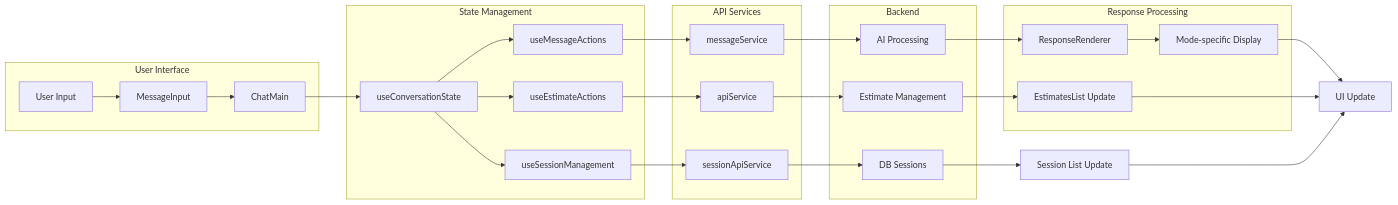
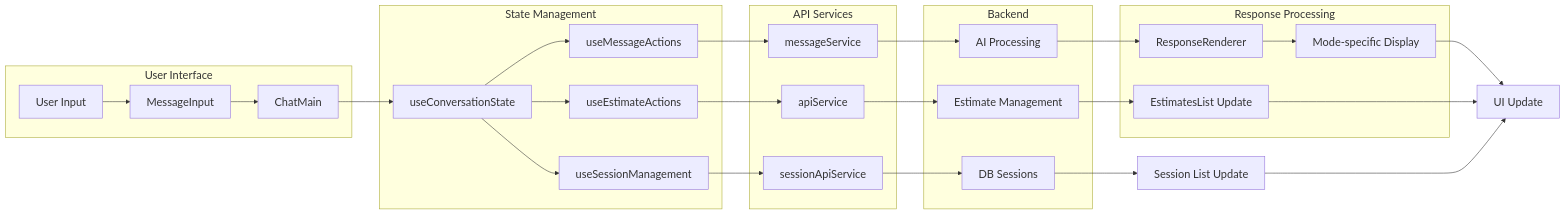
One commit to p0pular131/askspec-chat-assistant changed the third of 14 diagrams in docs/design-specification.md. Above: the diagram before and after it, drawn with Mermaid.

Commit message:
doc 수정2

````diff
--- a/docs/design-specification.md
+++ b/docs/design-specification.md
@@ -114,37 +114,38 @@
 ```mermaid
+%%{ init: { 'themeVariables': { 'fontSize': '20px' } } }%%
 graph LR
     subgraph "User Interface"
         A[User Input] --> B[MessageInput]
         B --> C[ChatMain]
     end
     
     subgraph "State Management"
         C --> D[useConversationState]
         D --> E[useSessionManagement]
         D --> F[useMessageActions]
         D --> G[useEstimateActions]
     end
     
     subgraph "API Services"
         E --> H[sessionApiService]
         F --> I[messageService]
         G --> J[apiService]
     end
     
     subgraph "Backend"
         H --> K[DB Sessions]
         I --> L[AI Processing]
         J --> M[Estimate Management]
     end
     
     subgraph "Response Processing"
         L --> N[ResponseRenderer]
         N --> O[Mode-specific Display]
         M --> P[EstimatesList Update]
     end
     
     O --> Q[UI Update]
     P --> Q
     K --> R[Session List Update]
     R --> Q
 ```
````
